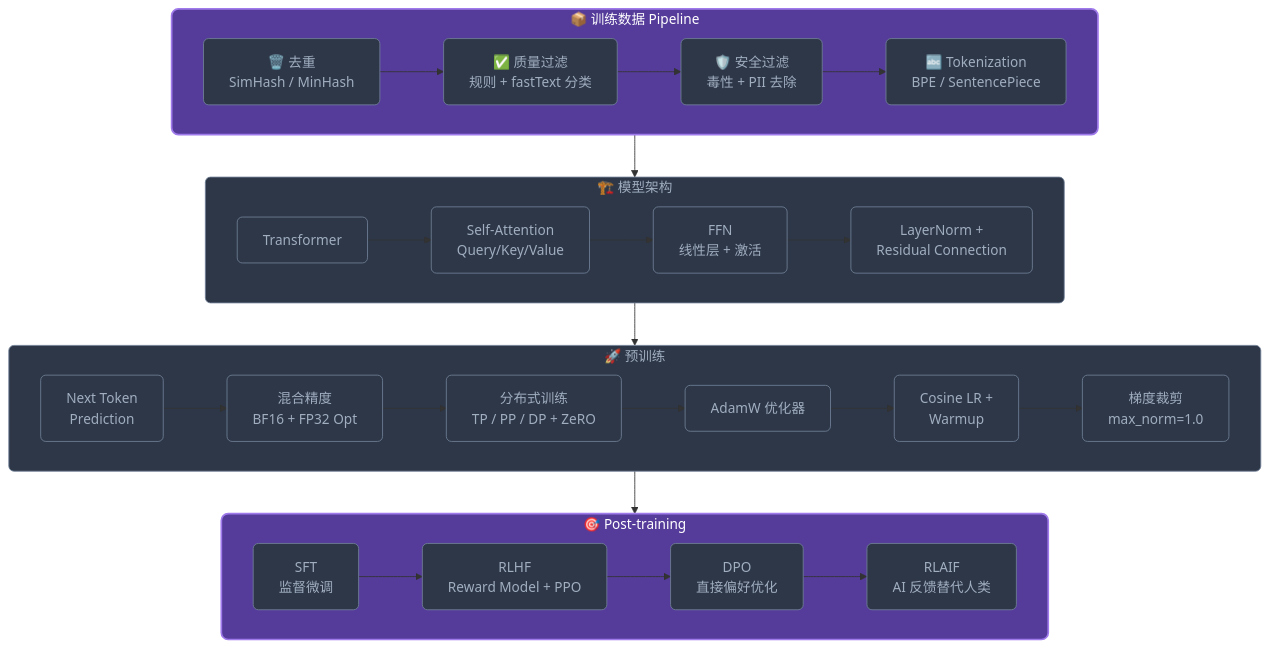
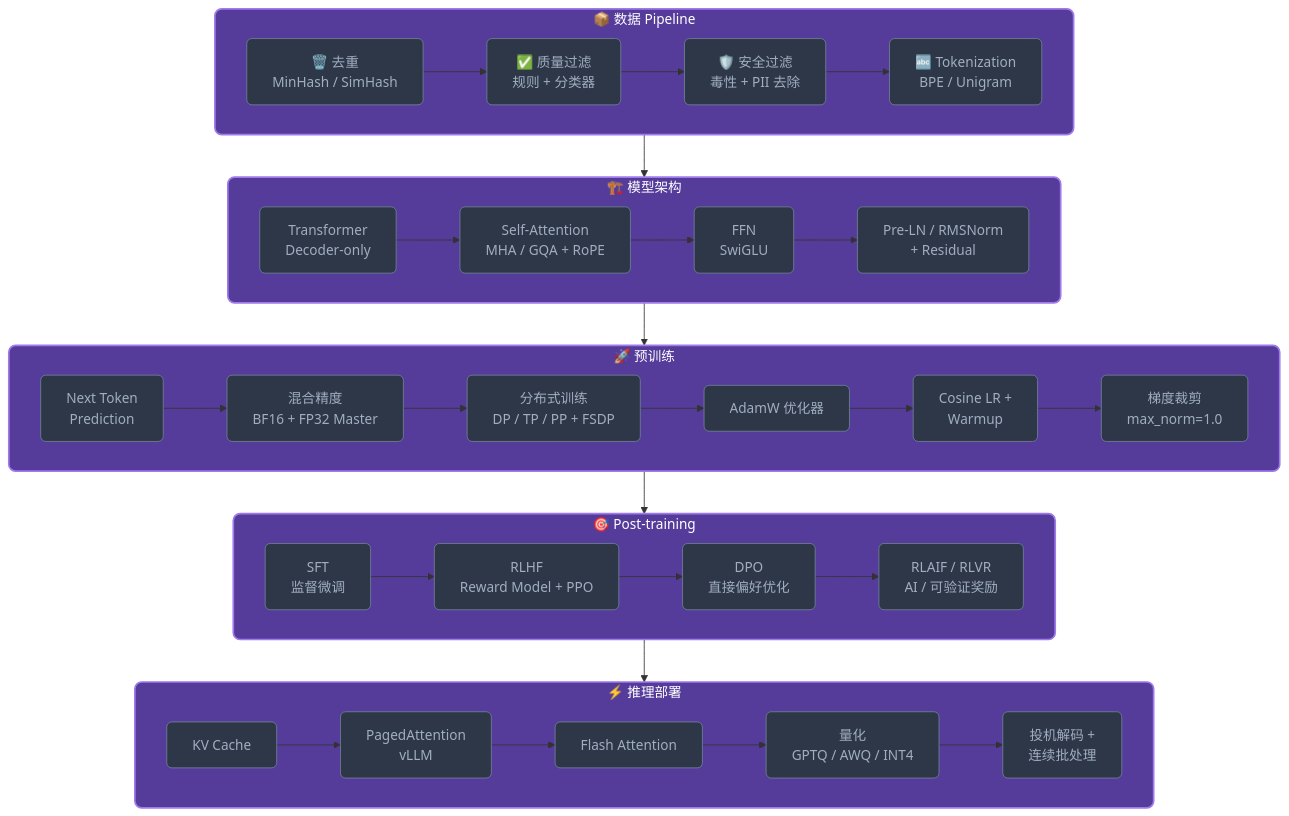
The diagram in content/posts/llm-training-full-stack.md (tanteng/blog), drawn with Mermaid before and after one commit. The commit also changed other lines of this file, not shown here.

First line of the commit message:
优化 LLM 全栈文章：修正事实错误、补推理章节、改标题

```diff
--- a/content/posts/llm-training-full-stack.md
+++ b/content/posts/llm-training-full-stack.md
@@ -181,48 +231,53 @@
 {{< mermaid >}}
 flowchart TB
-    subgraph Data["📦 训练数据 Pipeline"]
-        D1[🗑️ 去重<br/>SimHash / MinHash]
-        D2[✅ 质量过滤<br/>规则 + fastText 分类]
+    subgraph Data["📦 数据 Pipeline"]
+        D1[🗑️ 去重<br/>MinHash / SimHash]
+        D2[✅ 质量过滤<br/>规则 + 分类器]
         D3[🛡️ 安全过滤<br/>毒性 + PII 去除]
-        D4[🔤 Tokenization<br/>BPE / SentencePiece]
+        D4[🔤 Tokenization<br/>BPE / Unigram]
         D1 --> D2 --> D3 --> D4
     end
 
     subgraph Arch["🏗️ 模型架构"]
-        A1[Transformer]
-        A2[Self-Attention<br/>Query/Key/Value]
-        A3[FFN<br/>线性层 + 激活]
-        A4[LayerNorm +<br/>Residual Connection]
+        A1[Transformer<br/>Decoder-only]
+        A2[Self-Attention<br/>MHA / GQA + RoPE]
+        A3[FFN<br/>SwiGLU]
+        A4[Pre-LN / RMSNorm<br/>+ Residual]
         A1 --> A2 --> A3 --> A4
     end
 
     subgraph PreTrain["🚀 预训练"]
         P1[Next Token<br/>Prediction]
-        P2[混合精度<br/>BF16 + FP32 Opt]
-        P3[分布式训练<br/>TP / PP / DP + ZeRO]
+        P2[混合精度<br/>BF16 + FP32 Master]
+        P3[分布式训练<br/>DP / TP / PP + FSDP]
         P4[AdamW 优化器]
         P5[Cosine LR +<br/>Warmup]
         P6[梯度裁剪<br/>max_norm=1.0]
         P1 --> P2 --> P3 --> P4 --> P5 --> P6
     end
 
     subgraph PostTrain["🎯 Post-training"]
         PT1[SFT<br/>监督微调]
         PT2[RLHF<br/>Reward Model + PPO]
         PT3[DPO<br/>直接偏好优化]
-        PT4[RLAIF<br/>AI 反馈替代人类]
-        PT1 --> PT2
-        PT2 --> PT3
-        PT3 --> PT4
+        PT4[RLAIF / RLVR<br/>AI / 可验证奖励]
+        PT1 --> PT2 --> PT3 --> PT4
     end
 
-    Data --> Arch --> PreTrain --> PostTrain
+    subgraph Infer["⚡ 推理部署"]
+        I1[KV Cache]
+        I2[PagedAttention<br/>vLLM]
+        I3[Flash Attention]
+        I4[量化<br/>GPTQ / AWQ / INT4]
+        I5[投机解码 +<br/>连续批处理]
+        I1 --> I2 --> I3 --> I4 --> I5
+    end
 
-    classDef stage fill:#1a1a2e,stroke:#5a67d8,color:#fff,stroke-width:2px,rx:10
+    Data --> Arch --> PreTrain --> PostTrain --> Infer
+
     classDef tech fill:#2d3748,stroke:#718096,color:#a0aec0,stroke-width:1px,rx:6
     classDef highlight fill:#553c9a,stroke:#9f7aea,color:#fff,stroke-width:2px,rx:8
-    classDef arrow color:#718096,stroke-width:2px
 
-    class D1,D2,D3,D4,Arch,A1,A2,A3,A4,PreTrain,P1,P2,P3,P4,P5,P6,PT1,PT2,PT3,PT4 tech
-    class Data,PostTrain highlight
+    class D1,D2,D3,D4,A1,A2,A3,A4,P1,P2,P3,P4,P5,P6,PT1,PT2,PT3,PT4,I1,I2,I3,I4,I5 tech
+    class Data,Arch,PreTrain,PostTrain,Infer highlight
 {{< /mermaid >}}
```
